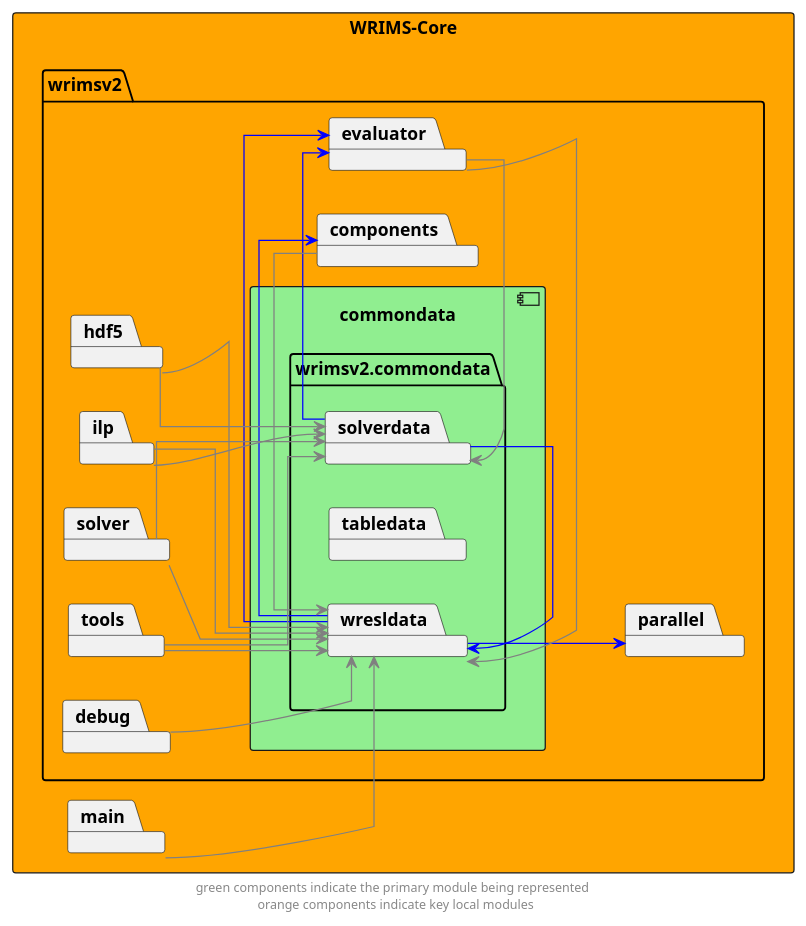
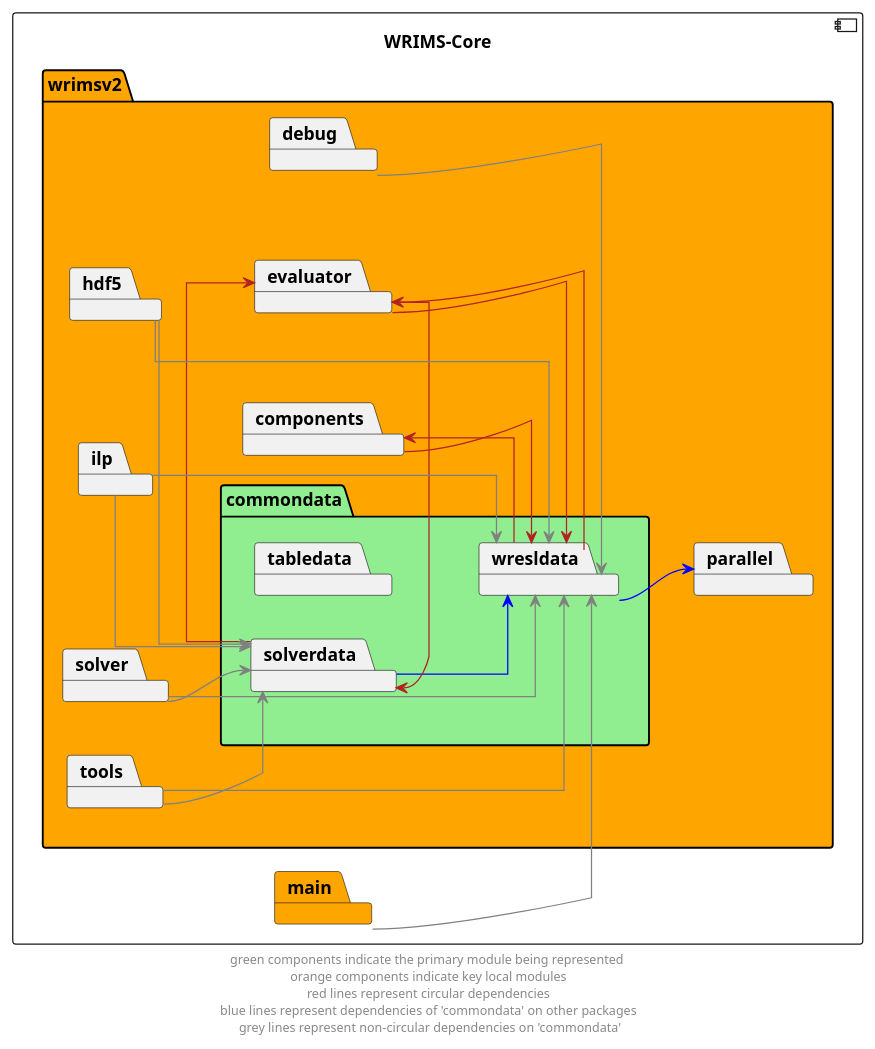
The diagram in docs/diagrams/wrims-core/wrims-core_commondata.puml (CentralValleyModeling/wrims), drawn with PlantUML before and after one commit. The commit also changed 63 other files, not shown here.

Commit message:
updated diagrams for improved consistency and legibility

```diff
--- a/docs/diagrams/wrims-core/wrims-core_commondata.puml
+++ b/docs/diagrams/wrims-core/wrims-core_commondata.puml
@@ -1,53 +1,53 @@
 @startuml
 left to right direction
 skinparam linetype ortho
 
-rectangle wrims_core as "WRIMS-Core" #orange {
-    package wrimsv2 {
-        component commondata #lightgreen {
-            package wrimsv2.commondata{
+component wrims_core as "WRIMS-Core" {
+    package wrimsv2 #orange {
+
+            package commondata #lightgreen {
                 package tabledata
                 package solverdata
                 package wresldata
             }
-        }
+
         package debug
         package evaluator
         package parallel
         package components
         package hdf5
         package ilp
         package solver
         package tools
 
     }
-package main
+package main #orange
 }
 
 wresldata --> parallel #blue
 debug --> wresldata #grey
-solverdata -l-> wresldata #blue
-evaluator --> solverdata #grey
-solverdata -r-> evaluator #blue
-wresldata --> evaluator #blue
-evaluator --> wresldata #grey
-wresldata --> components #blue
-components --> wresldata #grey
+solverdata --> wresldata #blue
+evaluator --> solverdata #firebrick
+solverdata -r-> evaluator #firebrick
+wresldata --> evaluator #firebrick
+evaluator --> wresldata #firebrick
+wresldata --> components #firebrick
+components --> wresldata #firebrick
 hdf5 -d-> solverdata #grey
 hdf5 -d-> wresldata #grey
 ilp --> solverdata #grey
-ilp --> wresldata #grey
+ilp -r-> wresldata #grey
 solver --> wresldata #grey
 solver --> solverdata #grey
 tools --> wresldata #grey
 tools --> solverdata #grey
 main --> wresldata #grey
 
 ' The following relationships are hidden and used to format the diagram. They do not represent actual dependencies.
 ' solverdata -l[hidden]-> wresldata
-components -l[hidden] wrimsv2.commondata
+components -l[hidden] commondata
 evaluator -d[hidden]-> tabledata
-evaluator -l[hidden]-> wrimsv2.commondata
+evaluator -l[hidden]-> commondata
 
-footer "green components indicate the primary module being represented \n orange components indicate key local modules"
+footer "green components indicate the primary module being represented \n orange components indicate key local modules \n red lines represent circular dependencies \n blue lines represent dependencies of 'commondata' on other packages \n grey lines represent non-circular dependencies on 'commondata'"
 @enduml
```
